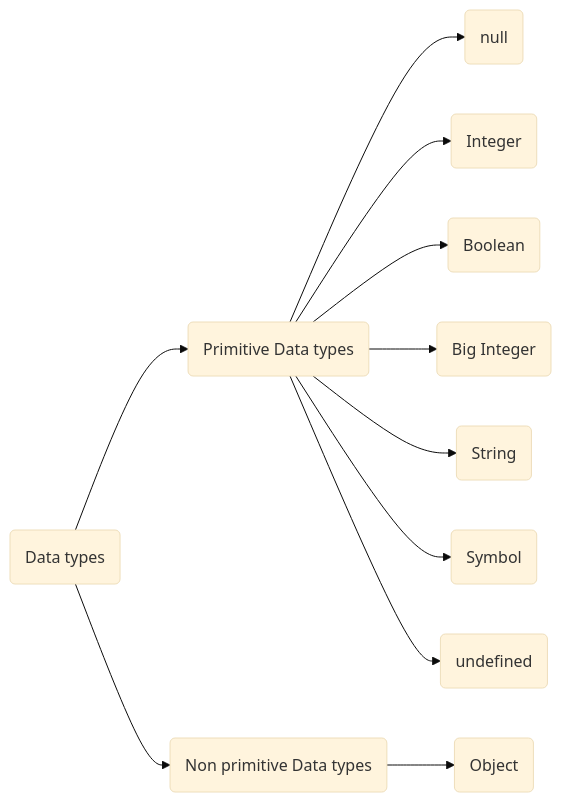
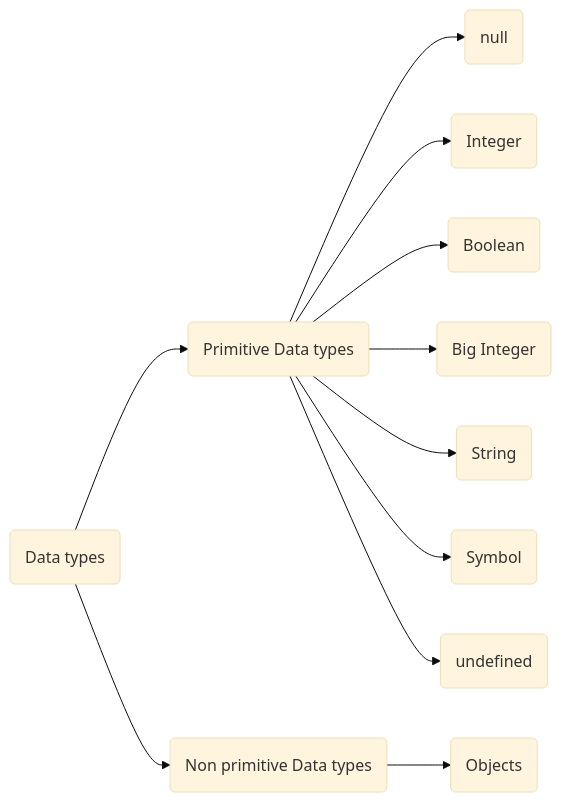
The second of 2 diagrams in README.md (Kalpa-Ranjan/JavascriptProject1), drawn with Mermaid (base theme) before and after one commit. The commit also changed other lines of this file, not shown here.

````diff
--- a/README.md
+++ b/README.md
@@ -90,27 +90,27 @@
 ```mermaid
 graph LR;
     A(Data types)
     B(Primitive Data types)
     C(Non primitive Data types)
     D(null)
     E(Integer)
     F(Boolean)
     G(Big Integer)
     H(String)
     I(Symbol)
     J(undefined)
-    K(Object)
+    K(Objects)
 
     A --> B
     A --> C
 
     B --> D
     B --> E
     B --> F
     B --> G
     B --> H
     B --> I
     B --> J
     C --> K
 
 ```
````
